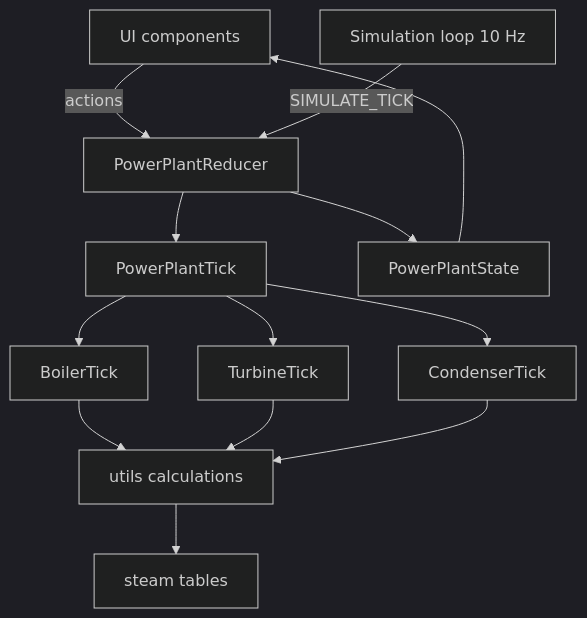
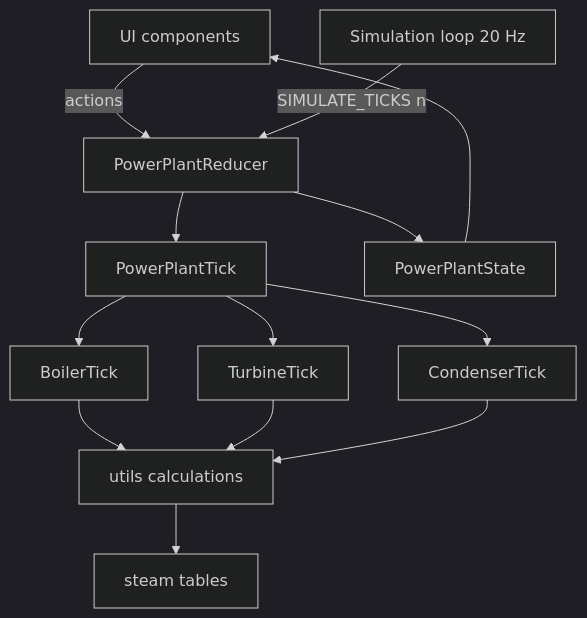
Before and after one commit to NarubyRiverlione/steamboiler: the diagram in docs/dev/architecture.md, drawn with Mermaid (dark theme). The commit also changed other lines of this file and 20 other files, not shown here.

````diff
--- a/docs/dev/architecture.md
+++ b/docs/dev/architecture.md
@@ -18,13 +18,13 @@
 ```mermaid
 flowchart TD
     UI[UI components] -->|actions| Reducer[PowerPlantReducer]
-    Loop[Simulation loop 10 Hz] -->|SIMULATE_TICK| Reducer
+    Loop[Simulation loop 20 Hz] -->|SIMULATE_TICKS n| Reducer
     Reducer --> Tick[PowerPlantTick]
     Tick --> B[BoilerTick]
     Tick --> T[TurbineTick]
     Tick --> C[CondenserTick]
     B & T & C --> Calc[utils calculations]
     Calc --> Steam[steam tables]
     Reducer --> State[PowerPlantState]
     State --> UI
 ```
````
